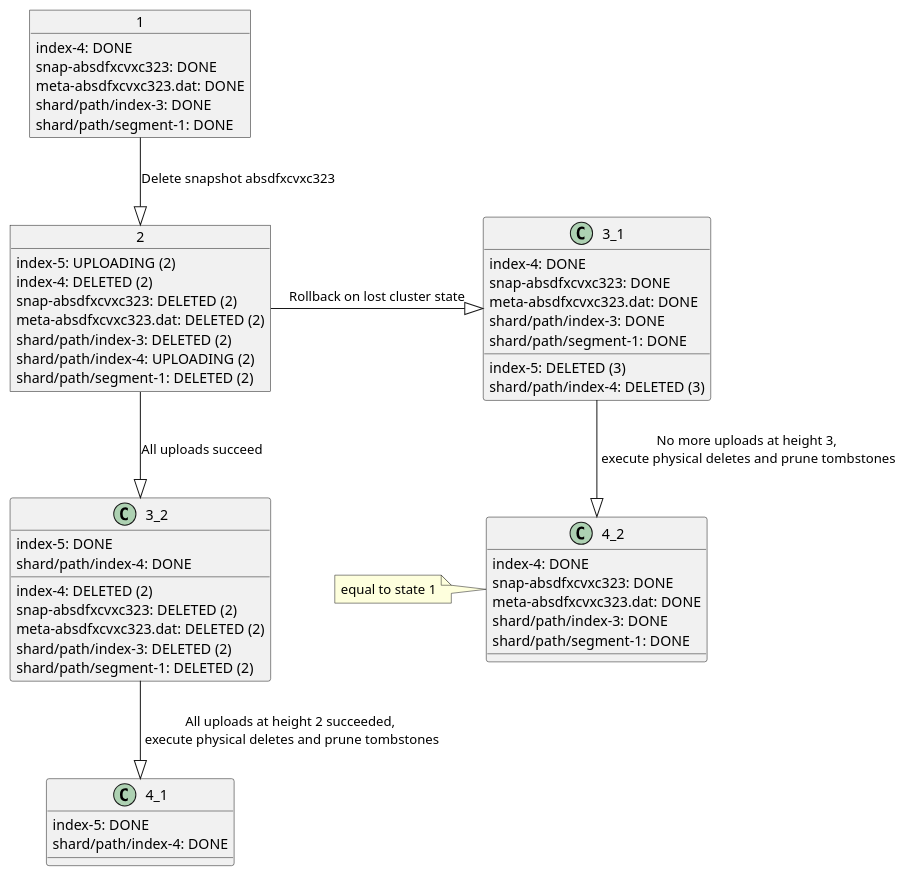
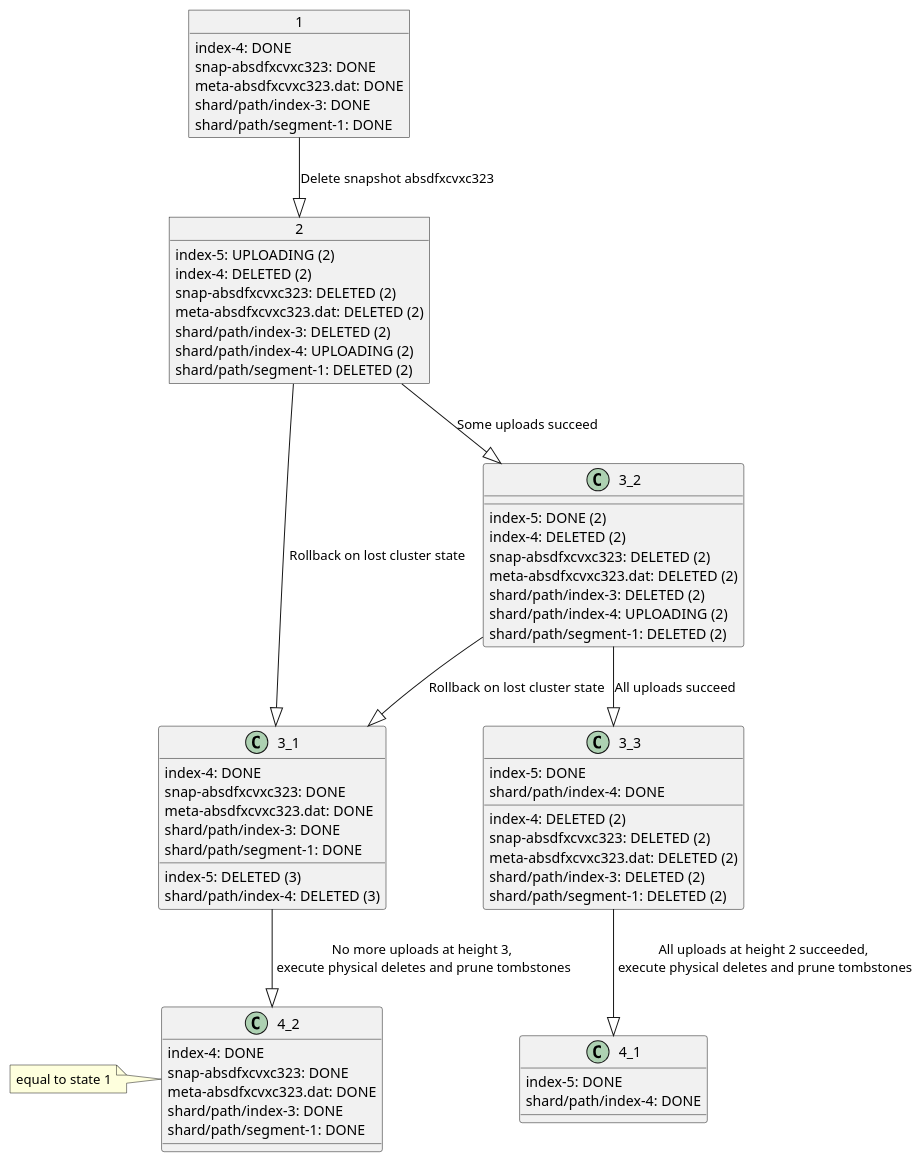
One commit to original-brownbear/elasticsearch changed the diagram in meta-state-transitions-delete.puml. Above: the diagram before and after it, drawn with PlantUML. The commit also changed 1 other file, not shown here.

```diff
--- a/meta-state-transitions-delete.puml
+++ b/meta-state-transitions-delete.puml
@@ -1,64 +1,76 @@
 @startuml
 
 Object 1 {
     index-4: DONE
     snap-absdfxcvxc323: DONE
     meta-absdfxcvxc323.dat: DONE
     shard/path/index-3: DONE
     shard/path/segment-1: DONE
 }
 
 Object 2 {
     index-5: UPLOADING (2)
     index-4: DELETED (2)
     snap-absdfxcvxc323: DELETED (2)
     meta-absdfxcvxc323.dat: DELETED (2)
     shard/path/index-3: DELETED (2)
     shard/path/index-4: UPLOADING (2)
     shard/path/segment-1: DELETED (2)
 }
 
 1 --|> 2: Delete snapshot absdfxcvxc323
 
 2 -|> 3_1: Rollback on lost cluster state
-2 --|> 3_2: All uploads succeed
+2 --|> 3_2: Some uploads succeed
+3_2 --|> 3_3: All uploads succeed
+3_2 --|> 3_1: Rollback on lost cluster state
 
 Object 3_1 {
     index-5: DELETED (3)
     index-4: DONE
     snap-absdfxcvxc323: DONE
     meta-absdfxcvxc323.dat: DONE
     shard/path/index-3: DONE
     shard/path/index-4: DELETED (3)
     shard/path/segment-1: DONE
 }
 
 Object 3_2 {
+    index-5: DONE (2)
+    index-4: DELETED (2)
+    snap-absdfxcvxc323: DELETED (2)
+    meta-absdfxcvxc323.dat: DELETED (2)
+    shard/path/index-3: DELETED (2)
+    shard/path/index-4: UPLOADING (2)
+    shard/path/segment-1: DELETED (2)
+}
+
+Object 3_3 {
     index-5: DONE
     index-4: DELETED (2)
     snap-absdfxcvxc323: DELETED (2)
     meta-absdfxcvxc323.dat: DELETED (2)
     shard/path/index-3: DELETED (2)
     shard/path/index-4: DONE
     shard/path/segment-1: DELETED (2)
 }
 
-3_2 --|> 4_1: All uploads at height 2 succeeded,\n execute physical deletes and prune tombstones
+3_3 --|> 4_1: All uploads at height 2 succeeded,\n execute physical deletes and prune tombstones
 3_1 --|> 4_2: No more uploads at height 3,\n execute physical deletes and prune tombstones
 
 
 Object 4_1 {
     index-5: DONE
     shard/path/index-4: DONE
 }
 
 Object 4_2 {
     index-4: DONE
     snap-absdfxcvxc323: DONE
     meta-absdfxcvxc323.dat: DONE
     shard/path/index-3: DONE
     shard/path/segment-1: DONE
 }
 note left: equal to state 1
 
 @enduml
```
